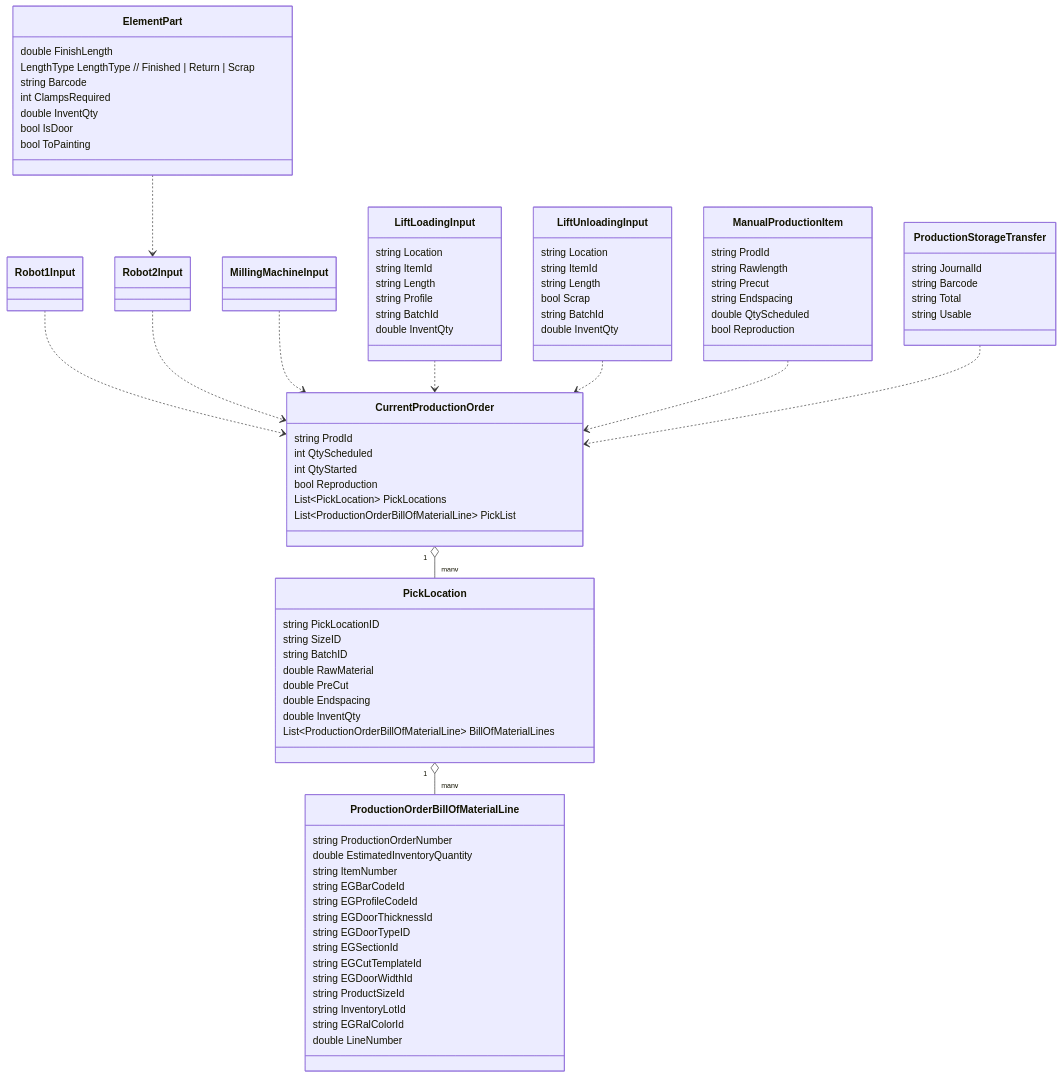
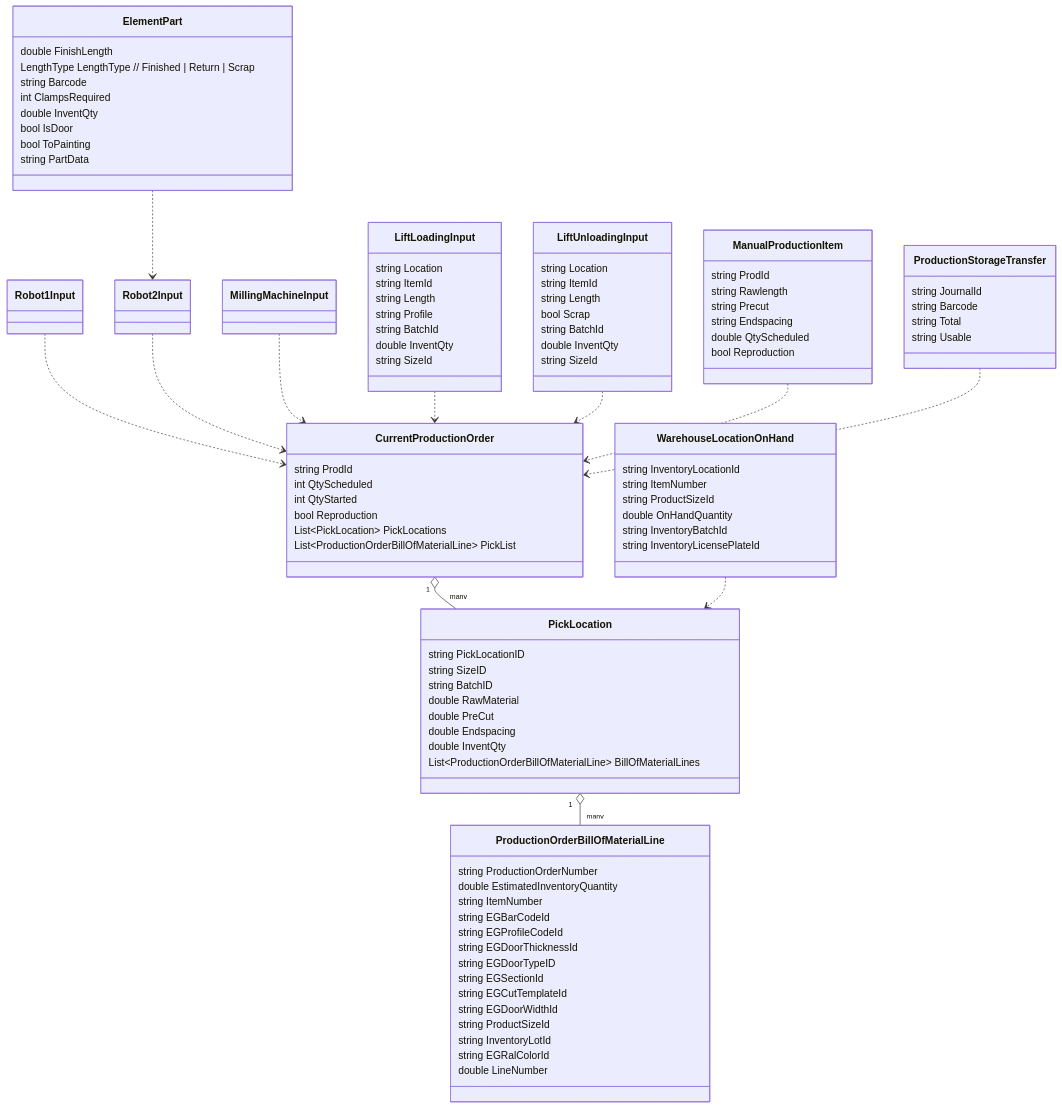
The second of 2 diagrams in README.md (CanerKaba/Garage), drawn with Mermaid before and after one commit. The commit also changed other lines of this file, not shown here.

````diff
--- a/README.md
+++ b/README.md
@@ -259,6 +363,7 @@
   double InventQty
   bool IsDoor
   bool ToPainting
+  string PartData
 }
 
 class Robot1Input
@@ -272,6 +377,7 @@
   string Profile
   string BatchId
   double InventQty
+  string SizeId
 }
 
 class LiftUnloadingInput {
@@ -281,6 +387,7 @@
   bool Scrap
   string BatchId
   double InventQty
+  string SizeId
 }
 
 class ManualProductionItem {
@@ -299,6 +406,15 @@
   string Usable
 }
 
+class WarehouseLocationOnHand {
+  string InventoryLocationId
+  string ItemNumber
+  string ProductSizeId
+  double OnHandQuantity
+  string InventoryBatchId
+  string InventoryLicensePlateId
+}
+
 CurrentProductionOrder "1" o-- "many" PickLocation
 PickLocation "1" o-- "many" ProductionOrderBillOfMaterialLine
 Robot1Input ..> CurrentProductionOrder
@@ -310,4 +426,6 @@
 LiftUnloadingInput ..> CurrentProductionOrder
 ManualProductionItem ..> CurrentProductionOrder
 ProductionStorageTransfer ..> CurrentProductionOrder
+WarehouseLocationOnHand ..> PickLocation
+
 ```
````
